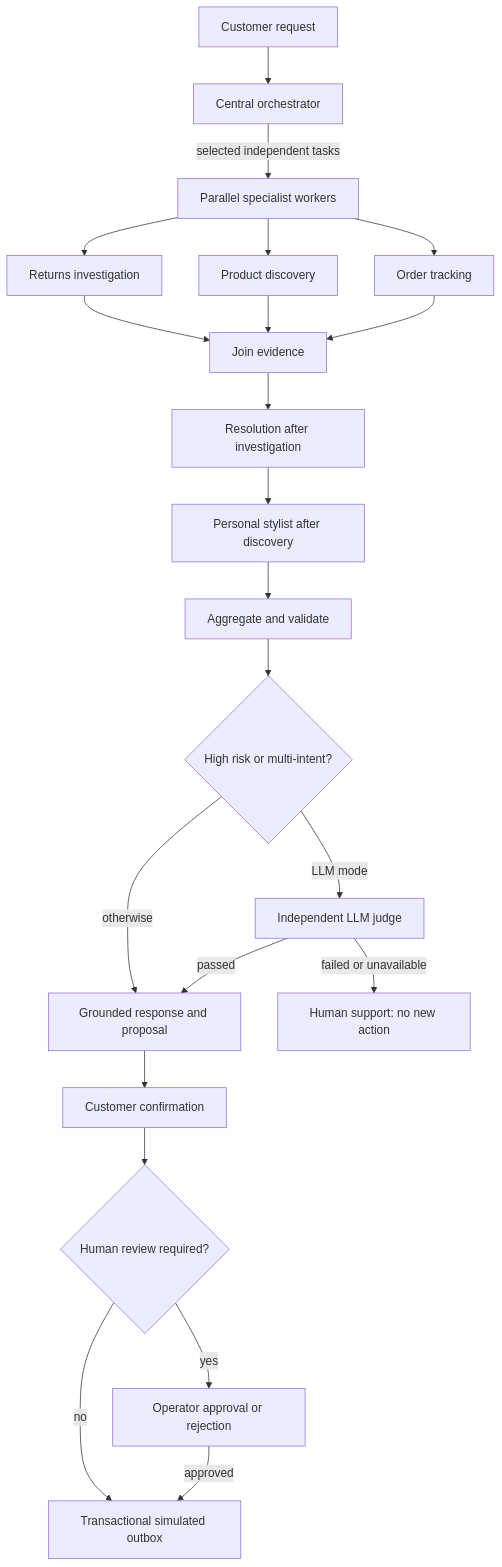
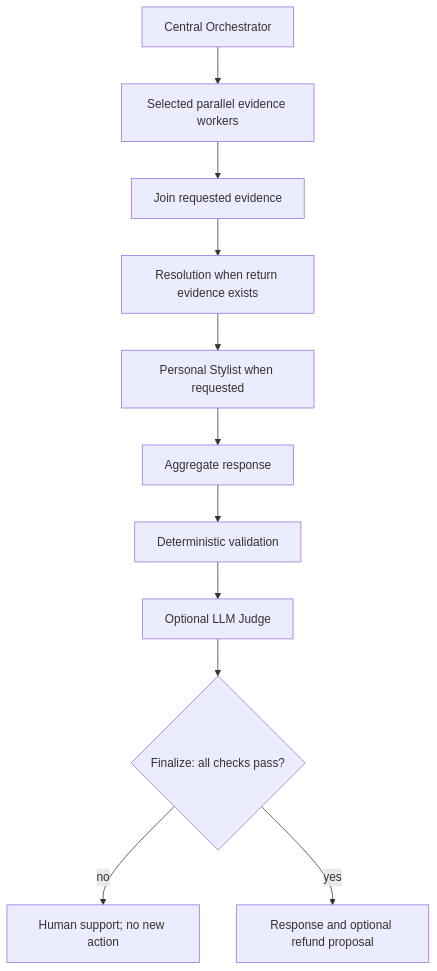
The diagram in README.md (ManoochTayebi/Multi_agent_client), drawn with Mermaid before and after one commit. The commit also changed other lines of this file and 14 other files, not shown here.

Commit message:
Review demo reliability and clarify README and architecture

````diff
--- a/README.md
+++ b/README.md
@@ -62,24 +79,13 @@
 ```mermaid
 flowchart TD
-    U[Customer request] --> O[Central orchestrator]
-    O -->|selected independent tasks| W[Parallel specialist workers]
-    W --> R[Returns investigation]
-    W --> P[Product discovery]
-    W --> T[Order tracking]
-    R --> J[Join evidence]
-    P --> J
-    T --> J
-    J --> X[Resolution after investigation]
-    X --> S[Personal stylist after discovery]
-    S --> A[Aggregate and validate]
-    A --> Q{High risk or multi-intent?}
-    Q -->|LLM mode| L[Independent LLM judge]
-    Q -->|otherwise| F[Grounded response and proposal]
-    L -->|passed| F
-    L -->|failed or unavailable| Z[Human support: no new action]
-    F --> C[Customer confirmation]
-    C --> H{Human review required?}
-    H -->|yes| V[Operator approval or rejection]
-    H -->|no| B[Transactional simulated outbox]
-    V -->|approved| B
+    O[Central Orchestrator] --> W[Selected parallel evidence workers]
+    W --> J[Join requested evidence]
+    J --> R[Resolution when return evidence exists]
+    R --> S[Personal Stylist when requested]
+    S --> A[Aggregate response]
+    A --> V[Deterministic validation]
+    V --> Q[Optional LLM Judge]
+    Q --> F{"Finalize: all checks pass?"}
+    F -->|no| H[Human support; no new action]
+    F -->|yes| C[Response and optional refund proposal]
 ```
````
